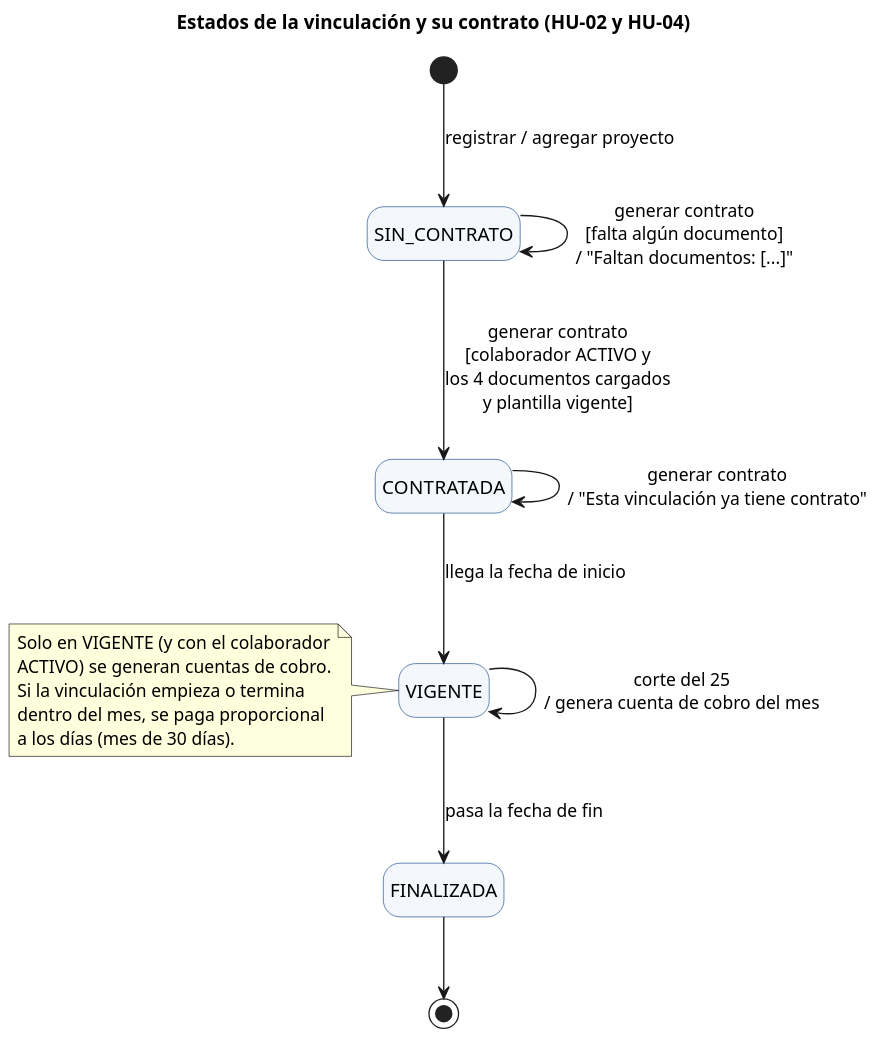
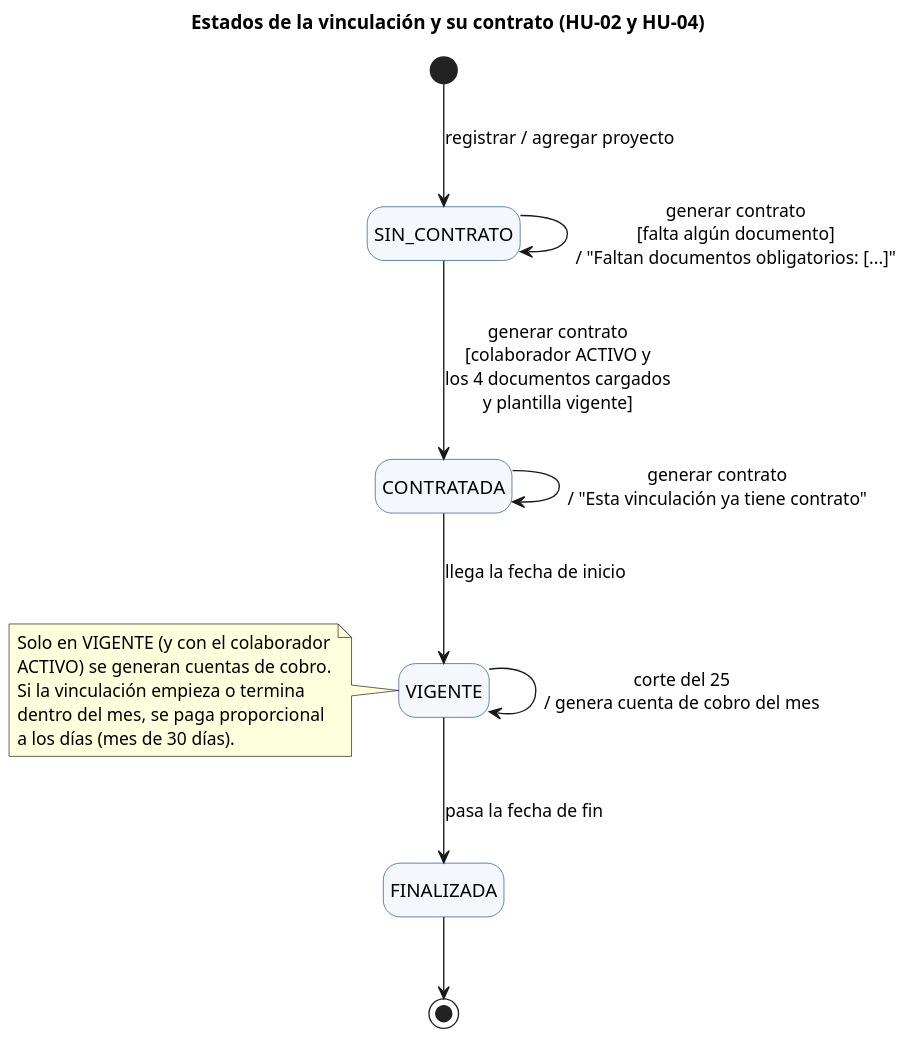
Before and after one commit to Juanj15/criterdocs-and-people: the diagram in docs/diagramas/rtf4/estados_vinculacion.puml, drawn with PlantUML. The commit also changed 7 other files, not shown here.

First line of the commit message:
docs: diagramas de la RTF4 coherentes con la ficha y el selector de perfil (CDP-39)

```diff
--- a/docs/diagramas/rtf4/estados_vinculacion.puml
+++ b/docs/diagramas/rtf4/estados_vinculacion.puml
@@ -1,26 +1,26 @@
 @startuml
 skinparam dpi 150
 skinparam defaultFontName Arial
 skinparam shadowing false
 hide empty description
 skinparam state {
   BackgroundColor #F4F7FB
   BorderColor #1F4E8C
 }
 title Estados de la vinculación y su contrato (HU-02 y HU-04)
 [*] --> SIN_CONTRATO : registrar / agregar proyecto
 SIN_CONTRATO --> CONTRATADA : generar contrato\n[colaborador ACTIVO y\nlos 4 documentos cargados\ny plantilla vigente]
-SIN_CONTRATO --> SIN_CONTRATO : generar contrato\n[falta algún documento]\n/ "Faltan documentos: [...]"
+SIN_CONTRATO --> SIN_CONTRATO : generar contrato\n[falta algún documento]\n/ "Faltan documentos obligatorios: [...]"
 CONTRATADA --> CONTRATADA : generar contrato\n/ "Esta vinculación ya tiene contrato"
 CONTRATADA --> VIGENTE : llega la fecha de inicio
 VIGENTE --> VIGENTE : corte del 25\n/ genera cuenta de cobro del mes
 VIGENTE --> FINALIZADA : pasa la fecha de fin
 FINALIZADA --> [*]
 note left of VIGENTE
   Solo en VIGENTE (y con el colaborador
   ACTIVO) se generan cuentas de cobro.
   Si la vinculación empieza o termina
   dentro del mes, se paga proporcional
   a los días (mes de 30 días).
 end note
 @enduml
```
